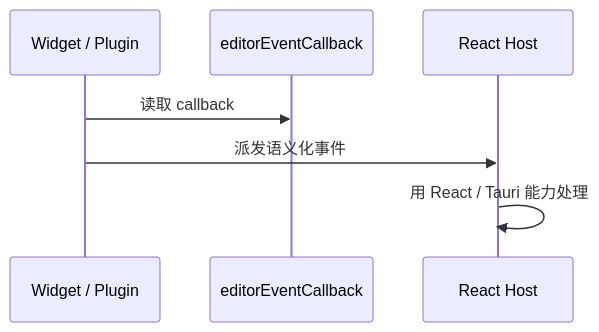
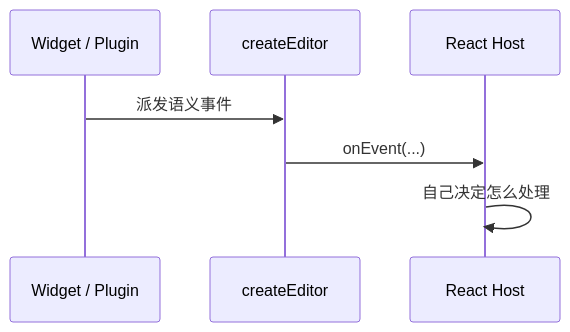
The third of 4 diagrams in dev-notes/cm6-from-0-to-1/06-拆解-packages-editor-的装配方式.md (swarm-apps/SwarmNote), drawn with Mermaid before and after one commit. The commit also changed other lines of this file and 9 other files, not shown here.

````diff
--- a/dev-notes/cm6-from-0-to-1/06-拆解-packages-editor-的装配方式.md
+++ b/dev-notes/cm6-from-0-to-1/06-拆解-packages-editor-的装配方式.md
@@ -125,10 +283,10 @@
 ```mermaid
 sequenceDiagram
-    participant Widget as Widget / Plugin
-    participant Facet as editorEventCallback
+    participant Plugin as Widget / Plugin
+    participant Editor as createEditor
     participant Host as React Host
 
-    Widget->>Facet: 读取 callback
-    Widget->>Host: 派发语义化事件
-    Host->>Host: 用 React / Tauri 能力处理
+    Plugin->>Editor: 派发语义事件
+    Editor->>Host: onEvent(...)
+    Host->>Host: 自己决定怎么处理
 ```
````
